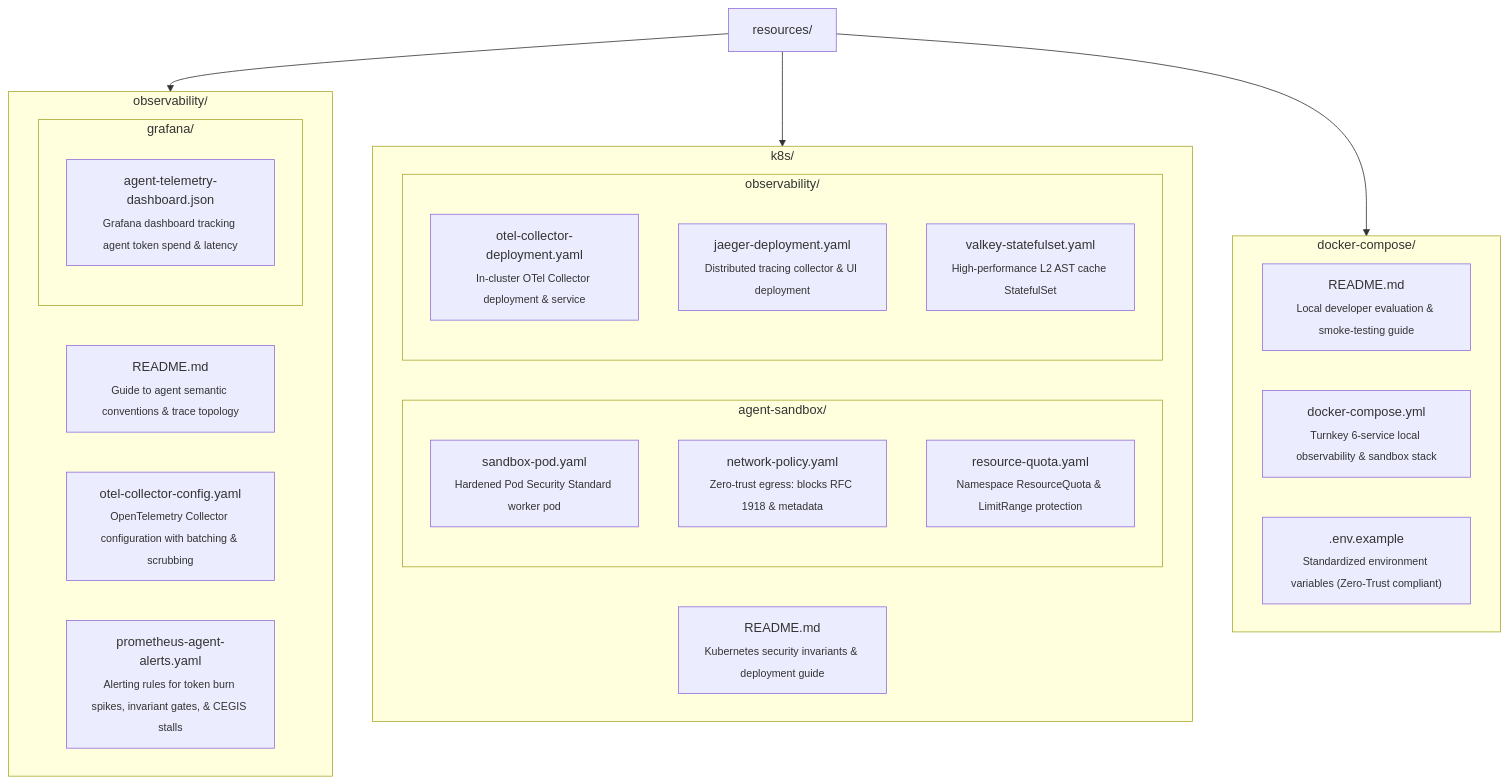
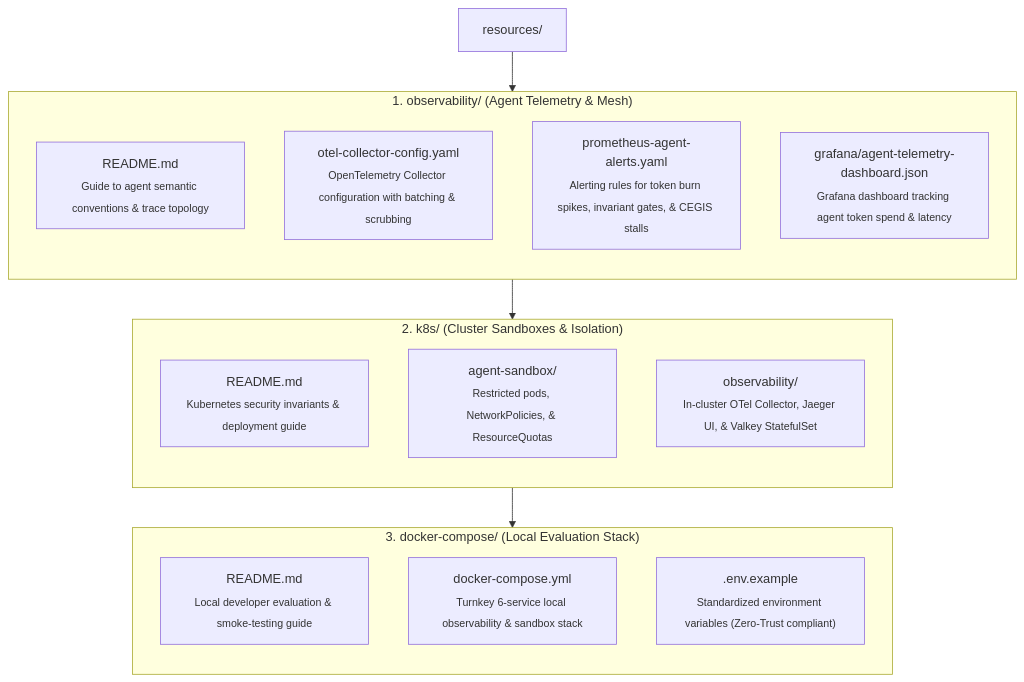
One commit to dan-petty/vibes changed the diagram in resources/README.md. Above: the diagram before and after it, drawn with Mermaid. The commit also changed 3 other files, not shown here.

Commit message:
docs: format directory map Mermaid diagrams in portrait orientation

````diff
--- a/resources/README.md
+++ b/resources/README.md
@@ -9,37 +9,30 @@
 ```mermaid
 flowchart TD
     Res["resources/"]
 
-    subgraph Obs["observability/"]
+    subgraph Obs["1. observability/ (Agent Telemetry & Mesh)"]
+        direction TB
         O_Readme["README.md<br><sub>Guide to agent semantic conventions & trace topology</sub>"]
         O_Collector["otel-collector-config.yaml<br><sub>OpenTelemetry Collector configuration with batching & scrubbing</sub>"]
         O_Alerts["prometheus-agent-alerts.yaml<br><sub>Alerting rules for token burn spikes, invariant gates, & CEGIS stalls</sub>"]
-        subgraph Grafana["grafana/"]
-            O_Dashboard["agent-telemetry-dashboard.json<br><sub>Grafana dashboard tracking agent token spend & latency</sub>"]
-        end
+        O_Dashboard["grafana/agent-telemetry-dashboard.json<br><sub>Grafana dashboard tracking agent token spend & latency</sub>"]
     end
 
-    subgraph K8s["k8s/"]
+    subgraph K8s["2. k8s/ (Cluster Sandboxes & Isolation)"]
+        direction TB
         K_Readme["README.md<br><sub>Kubernetes security invariants & deployment guide</sub>"]
-        subgraph K_Sandbox["agent-sandbox/"]
-            K_Pod["sandbox-pod.yaml<br><sub>Hardened Pod Security Standard worker pod</sub>"]
-            K_Net["network-policy.yaml<br><sub>Zero-trust egress: blocks RFC 1918 & metadata</sub>"]
-            K_Quota["resource-quota.yaml<br><sub>Namespace ResourceQuota & LimitRange protection</sub>"]
-        end
-        subgraph K_Obs["observability/"]
-            K_OTel["otel-collector-deployment.yaml<br><sub>In-cluster OTel Collector deployment & service</sub>"]
-            K_Jaeger["jaeger-deployment.yaml<br><sub>Distributed tracing collector & UI deployment</sub>"]
-            K_Valkey["valkey-statefulset.yaml<br><sub>High-performance L2 AST cache StatefulSet</sub>"]
-        end
+        K_Sandbox["agent-sandbox/<br><sub>Restricted pods, NetworkPolicies, & ResourceQuotas</sub>"]
+        K_Obs["observability/<br><sub>In-cluster OTel Collector, Jaeger UI, & Valkey StatefulSet</sub>"]
     end
 
-    subgraph Compose["docker-compose/"]
+    subgraph Compose["3. docker-compose/ (Local Evaluation Stack)"]
+        direction TB
         C_Readme["README.md<br><sub>Local developer evaluation & smoke-testing guide</sub>"]
         C_Yaml["docker-compose.yml<br><sub>Turnkey 6-service local observability & sandbox stack</sub>"]
         C_Env[".env.example<br><sub>Standardized environment variables (Zero-Trust compliant)</sub>"]
     end
 
     Res --> Obs
-    Res --> K8s
-    Res --> Compose
+    Obs --> K8s
+    K8s --> Compose
 ```
````
